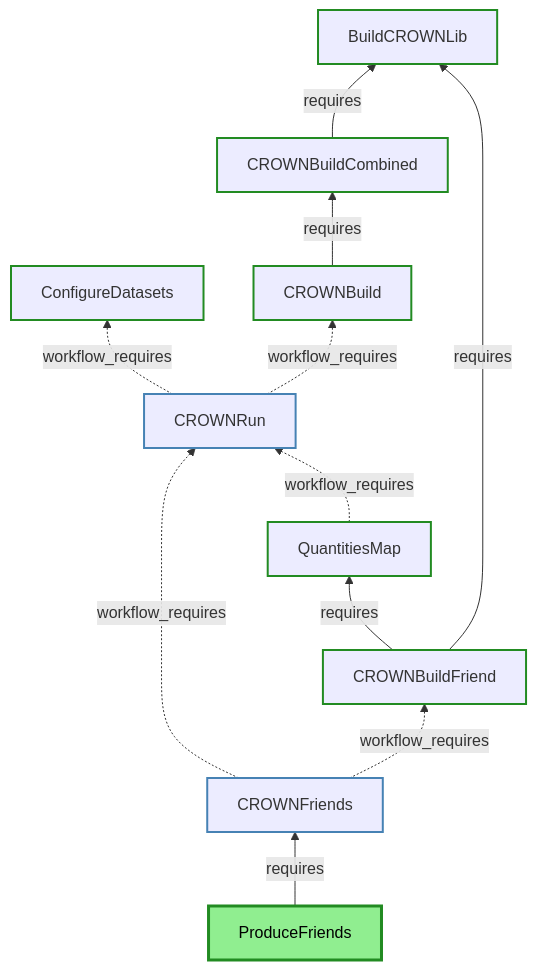
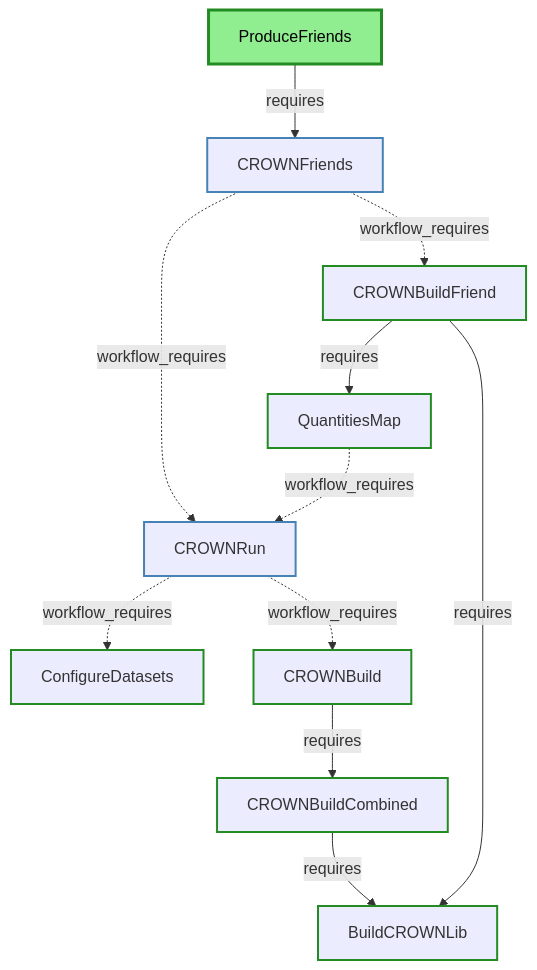
Before and after one commit to KIT-CMS/KingMaker: the fourth of 4 diagrams in processor/DEPENDENCIES_DIAGRAM.md, drawn with Mermaid. The commit also changed other lines of this file and 1 other file, not shown here.

Commit message:
Improve diagramms as requested by comments

````diff
--- a/processor/DEPENDENCIES_DIAGRAM.md
+++ b/processor/DEPENDENCIES_DIAGRAM.md
@@ -130,48 +146,46 @@
 ```mermaid
-flowchart BT
+flowchart TD
   %% CROWN Ntuple Production Tasks
   CROWNRun["CROWNRun"]
   ConfigureDatasets["ConfigureDatasets"]
   CROWNBuildCombined["CROWNBuildCombined"]
   CROWNBuild["CROWNBuild"]
   BuildCROWNLib["BuildCROWNLib"]
 
   %% CROWN Friend Production Tasks
   ProduceFriends["ProduceFriends"]
   CROWNFriends["CROWNFriends"]
   CROWNBuildFriend["CROWNBuildFriend"]
   QuantitiesMap["QuantitiesMap"]
 
-  %% === TASK DEPENDENCIES (requires/workflow_requires) ===
+  %% CROWN Multi-Friend Production dependencies
+  QuantitiesMap -.->|workflow_requires| CROWNRun
 
   %% CROWN Ntuple Production dependencies
   CROWNRun -.->|workflow_requires| ConfigureDatasets
   CROWNRun -.->|workflow_requires| CROWNBuild
   CROWNBuildCombined -->|requires| BuildCROWNLib
   CROWNBuild -->|requires| CROWNBuildCombined
 
   %% CROWN Friend Production dependencies
   CROWNFriends -.->|workflow_requires| CROWNRun
   CROWNFriends -.->|workflow_requires| CROWNBuildFriend
   CROWNBuildFriend -->|requires| QuantitiesMap
   CROWNBuildFriend -->|requires| BuildCROWNLib
   ProduceFriends -->|requires| CROWNFriends
-
-  %% CROWN Multi-Friend Production dependencies
-  QuantitiesMap -.->|workflow_requires| CROWNRun
 
   %% Styling for top-level entry points
   style ProduceFriends fill:#90EE90,stroke:#228B22,stroke-width:3px,color:#000
 
   %% Styling for workflow tasks
   style CROWNRun stroke:#4682B4,stroke-width:2px
   style CROWNFriends stroke:#4682B4,stroke-width:2px
 
   %% Styling for local tasks with green border
   style ConfigureDatasets stroke:#228B22,stroke-width:2px
   style CROWNBuildCombined stroke:#228B22,stroke-width:2px
   style CROWNBuild stroke:#228B22,stroke-width:2px
   style BuildCROWNLib stroke:#228B22,stroke-width:2px
   style CROWNBuildFriend stroke:#228B22,stroke-width:2px
   style QuantitiesMap stroke:#228B22,stroke-width:2px
 ```
````
